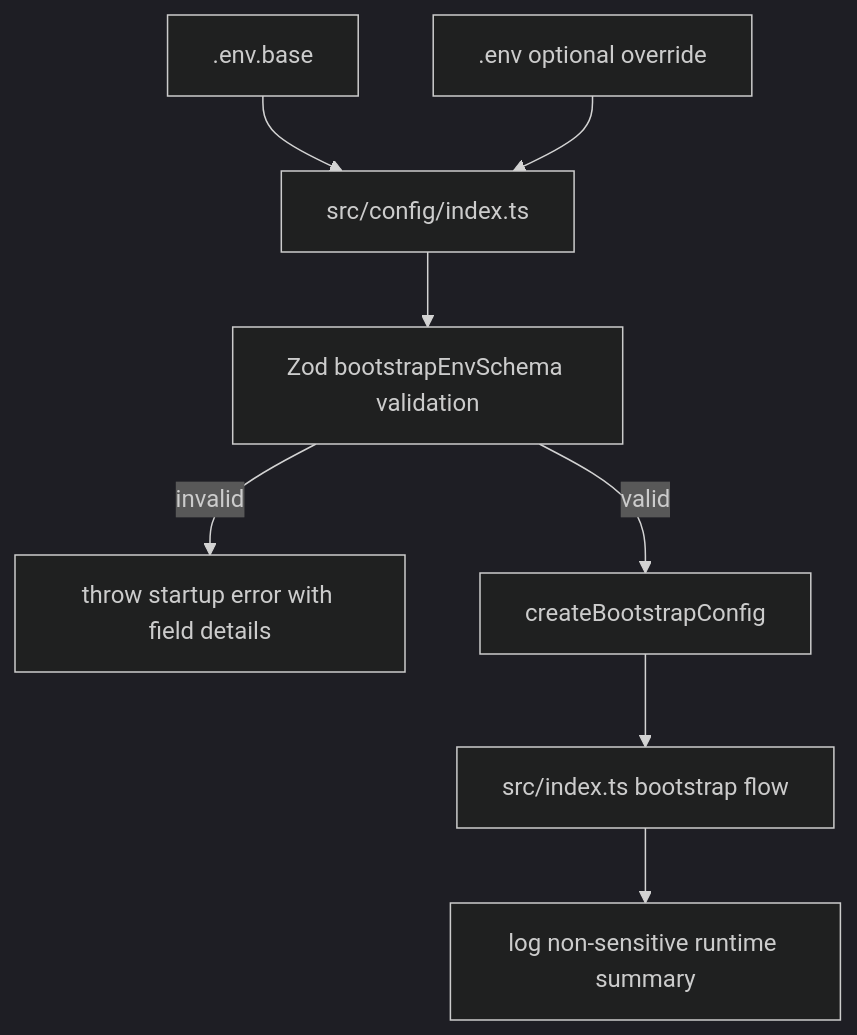
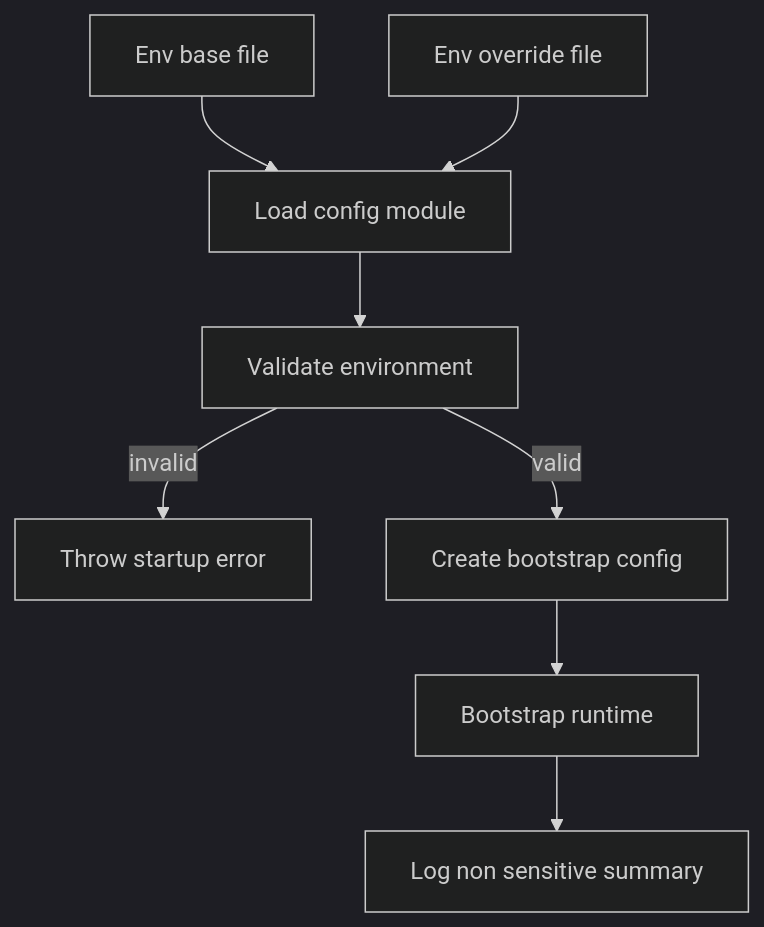
One commit to hoschi/all-personal-projects changed the second of 5 diagrams in apps/mail-agent/README.md. Above: the diagram before and after it, drawn with Mermaid (dark theme). The commit also changed other lines of this file, not shown here.

````diff
--- a/apps/mail-agent/README.md
+++ b/apps/mail-agent/README.md
@@ -136,10 +109,10 @@
 ```mermaid
 flowchart TD
-  A[.env.base] --> C[src/config/index.ts]
-  B[.env optional override] --> C
-  C --> D[Zod bootstrapEnvSchema validation]
-  D -->|invalid| E[throw startup error with field details]
-  D -->|valid| F[createBootstrapConfig]
-  F --> G[src/index.ts bootstrap flow]
-  G --> H[log non-sensitive runtime summary]
+  A[Env base file] --> C[Load config module]
+  B[Env override file] --> C
+  C --> D[Validate environment]
+  D -->|invalid| E[Throw startup error]
+  D -->|valid| F[Create bootstrap config]
+  F --> G[Bootstrap runtime]
+  G --> H[Log non sensitive summary]
 ```
````
